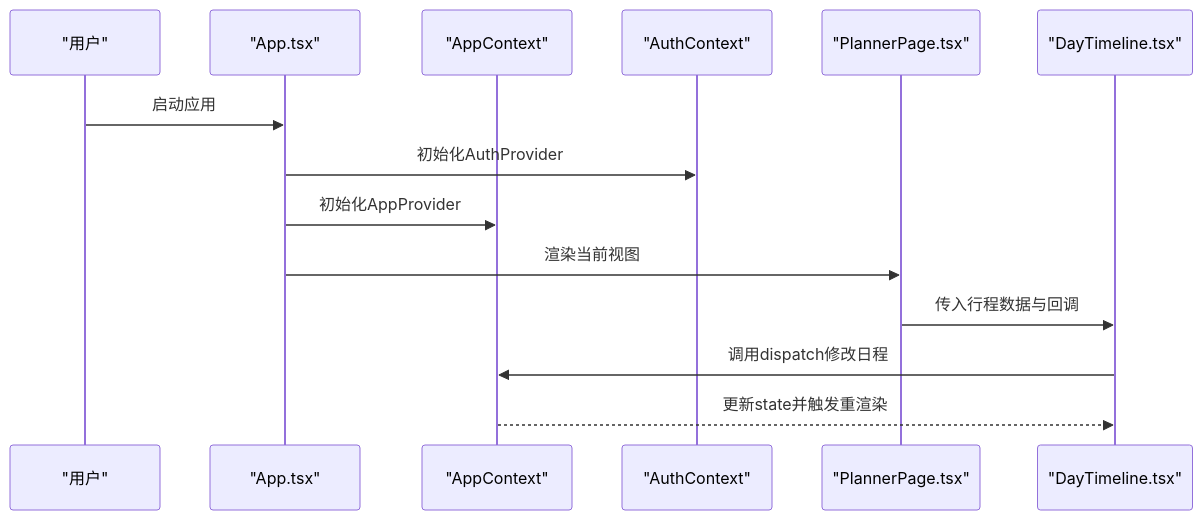
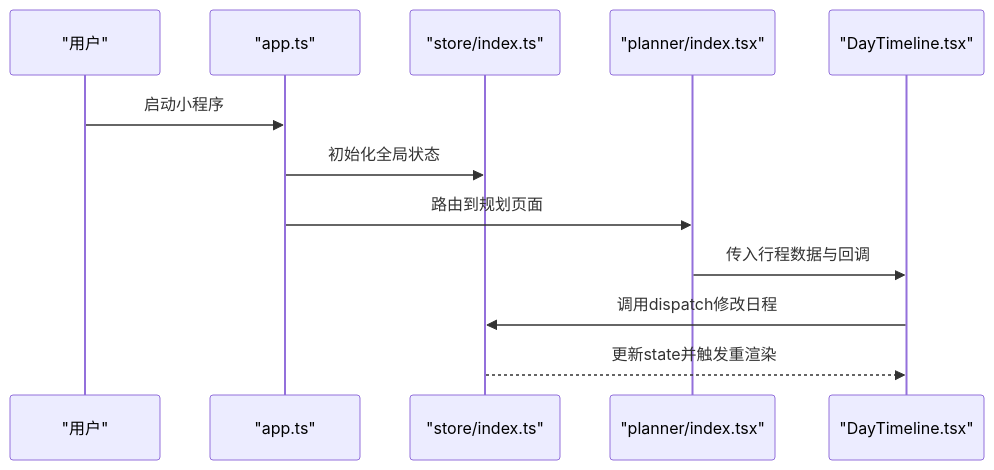
One commit to ititjjy/AITrip-plan changed the second of 6 diagrams in .qoder/repowiki/zh/content/前端架构/React组件体系.md. Above: the diagram before and after it, drawn with Mermaid. The commit also changed other lines of this file and 17 other files, not shown here.

````diff
--- a/.qoder/repowiki/zh/content/前端架构/React组件体系.md
+++ b/.qoder/repowiki/zh/content/前端架构/React组件体系.md
@@ -122,16 +141,14 @@
 ```mermaid
 sequenceDiagram
 participant U as "用户"
-participant APP as "App.tsx"
-participant AC as "AppContext"
-participant AU as "AuthContext"
-participant PAGE as "PlannerPage.tsx"
+participant APP as "app.ts"
+participant STORE as "store/index.ts"
+PARTICIPANT PAGE as "planner/index.tsx"
 participant DT as "DayTimeline.tsx"
-U->>APP : 启动应用
-APP->>AU : 初始化AuthProvider
-APP->>AC : 初始化AppProvider
-APP->>PAGE : 渲染当前视图
+U->>APP : 启动小程序
+APP->>STORE : 初始化全局状态
+APP->>PAGE : 路由到规划页面
 PAGE->>DT : 传入行程数据与回调
-DT->>AC : 调用dispatch修改日程
-AC-->>DT : 更新state并触发重渲染
+DT->>STORE : 调用dispatch修改日程
+STORE-->>DT : 更新state并触发重渲染
 ```
````
